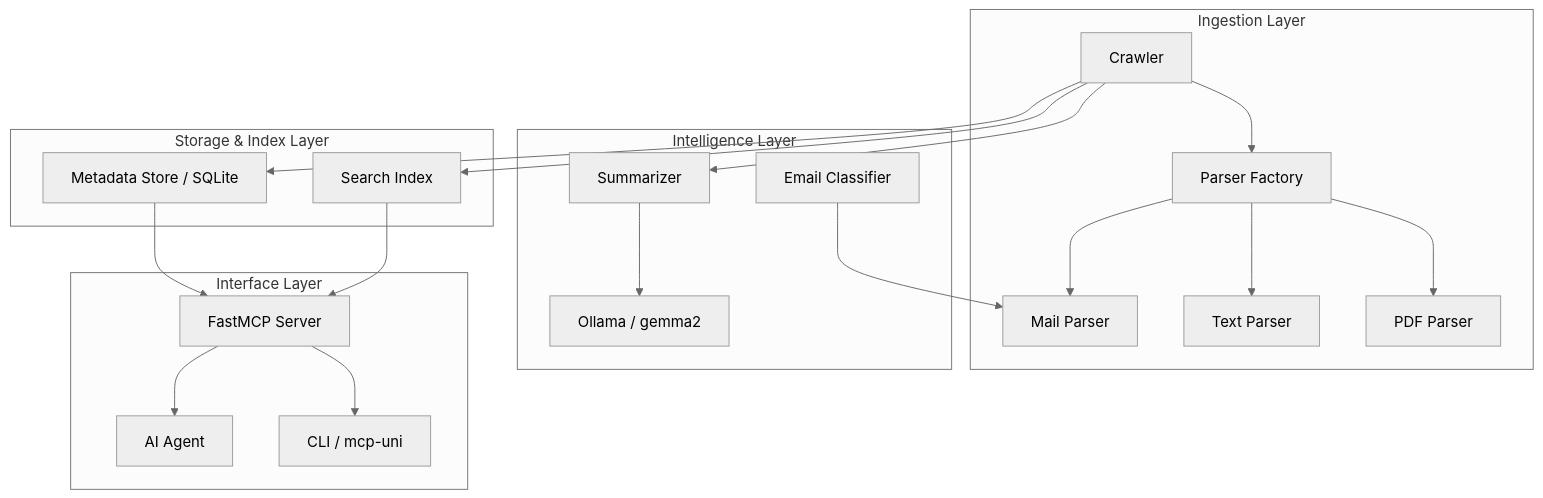
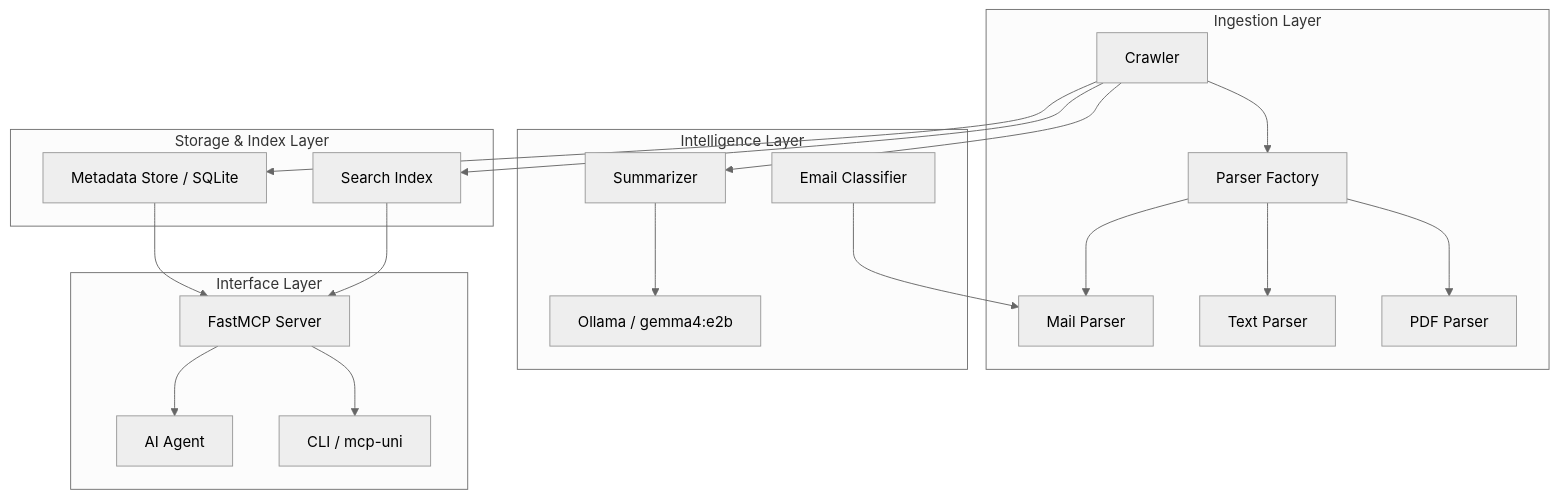
Before and after one commit to dgaida/academic-memory-mcp: the first of 2 diagrams in docs/de/architecture/index.md, drawn with Mermaid (neutral theme). The commit also changed 3 other files, not shown here.

````diff
--- a/docs/de/architecture/index.md
+++ b/docs/de/architecture/index.md
@@ -9,27 +9,27 @@
 ```mermaid
 graph TD
     subgraph "Ingestion Layer"
         C[Crawler] --> P[Parser Factory]
         P --> P1[PDF Parser]
         P --> P2[Text Parser]
         P --> P3[Mail Parser]
     end
 
     subgraph "Intelligence Layer"
         C --> S[Summarizer]
-        S --> LLM[Ollama / gemma2]
+        S --> LLM[Ollama / gemma4:e2b]
         CL[Email Classifier] --> P3
     end
 
     subgraph "Storage & Index Layer"
         C --> IDX[Search Index]
         C --> DB[Metadata Store / SQLite]
     end
 
     subgraph "Interface Layer"
         DB --> MCP[FastMCP Server]
         IDX --> MCP
         MCP --> CLI[CLI / mcp-uni]
         MCP --> AGENT[AI Agent]
     end
 ```
````
